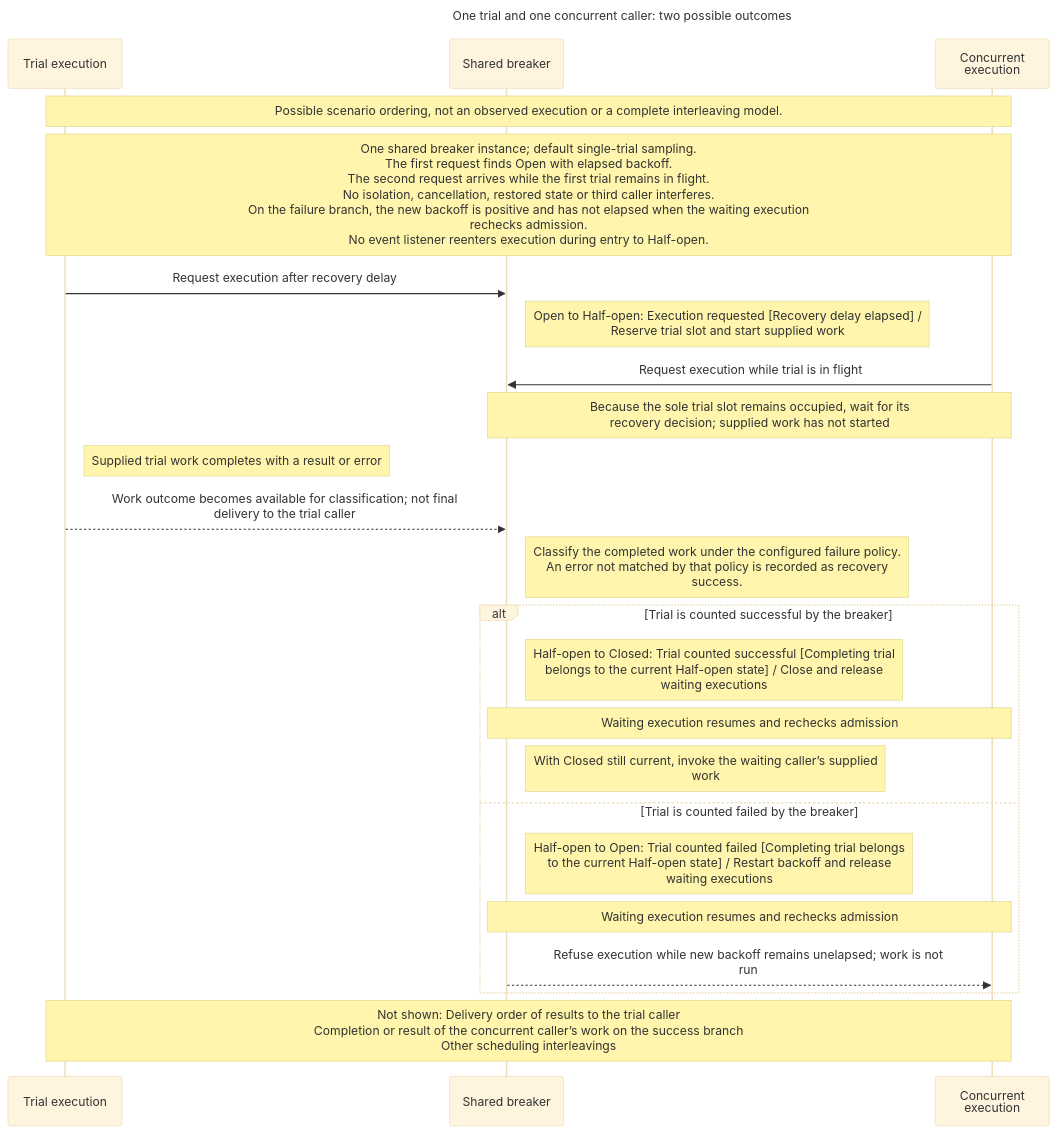
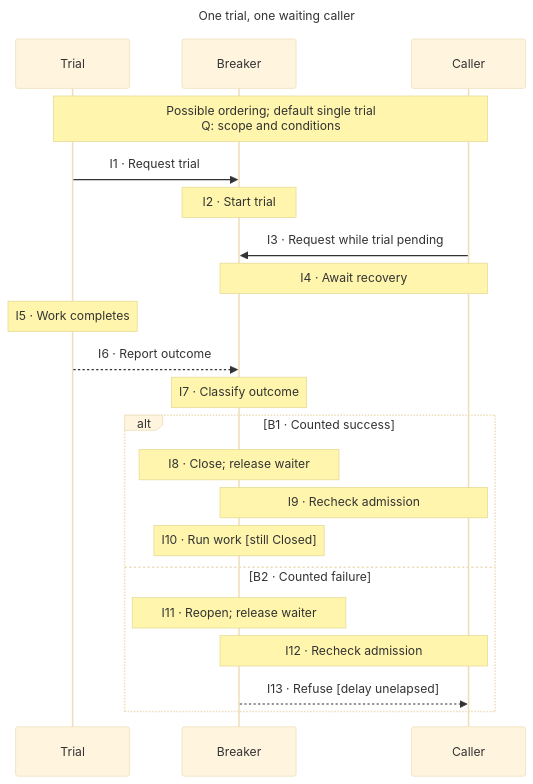
The diagram in notes/structured-account-example/concurrent-callers.mmd (ronen/postcode), drawn with Mermaid (base theme) before and after one commit. The commit also changed 29 other files, not shown here.

Commit message:
Clarify diagram overviews with concise labels and keyed legends

```diff
--- a/notes/structured-account-example/concurrent-callers.mmd
+++ b/notes/structured-account-example/concurrent-callers.mmd
@@ -1,26 +1,22 @@
----
-title: "One trial and one concurrent caller: two possible outcomes"
----
 sequenceDiagram
-  participant trial as Trial execution
-  participant breaker as Shared breaker
-  participant caller as Concurrent<br/>execution
-  Note over trial,caller: Possible scenario ordering, not an observed execution or a complete interleaving model.
-  Note over trial,caller: One shared breaker instance#59; default single-trial sampling.<br/>The first request finds Open with elapsed backoff.<br/>The second request arrives while the first trial remains in flight.<br/>No isolation, cancellation, restored state or third caller interferes.<br/>On the failure branch, the new backoff is positive and has not elapsed when the waiting execution<br/>rechecks admission.<br/>No event listener reenters execution during entry to Half-open.
-  trial->>breaker: Request execution after recovery delay
-  Note right of breaker: Open to Half-open: Execution requested [Recovery delay elapsed] /<br/>Reserve trial slot and start supplied work
-  caller->>breaker: Request execution while trial is in flight
-  Note over breaker,caller: Because the sole trial slot remains occupied, wait for its<br/>recovery decision#59; supplied work has not started
-  Note right of trial: Supplied trial work completes with a result or error
-  trial-->>breaker: Work outcome becomes available for classification#59; not final<br/>delivery to the trial caller
-  Note right of breaker: Classify the completed work under the configured failure policy.<br/>An error not matched by that policy is recorded as recovery<br/>success.
-  alt Trial is counted successful by the breaker
-  Note right of breaker: Half-open to Closed: Trial counted successful [Completing trial<br/>belongs to the current Half-open state] / Close and release<br/>waiting executions
-  Note over breaker,caller: Waiting execution resumes and rechecks admission
-  Note right of breaker: With Closed still current, invoke the waiting caller’s supplied<br/>work
-  else Trial is counted failed by the breaker
-  Note right of breaker: Half-open to Open: Trial counted failed [Completing trial belongs<br/>to the current Half-open state] / Restart backoff and release<br/>waiting executions
-  Note over breaker,caller: Waiting execution resumes and rechecks admission
-  breaker-->>caller: Refuse execution while new backoff remains unelapsed#59; work is not<br/>run
+  title One trial, one waiting caller
+  participant p0 as Trial
+  participant p1 as Breaker
+  participant p2 as Caller
+  Note over p0,p2: Possible ordering#59; default single trial<br/>Q: scope and conditions
+  p0->>p1: I1 · Request trial
+  Note over p1: I2 · Start trial
+  p2->>p1: I3 · Request while trial pending
+  Note over p1,p2: I4 · Await recovery
+  Note over p0: I5 · Work completes
+  p0-->>p1: I6 · Report outcome
+  Note over p1: I7 · Classify outcome
+  alt B1 · Counted success
+  Note over p1: I8 · Close#59; release waiter
+  Note over p1,p2: I9 · Recheck admission
+  Note over p1: I10 · Run work [still Closed]
+  else B2 · Counted failure
+  Note over p1: I11 · Reopen#59; release waiter
+  Note over p1,p2: I12 · Recheck admission
+  p1-->>p2: I13 · Refuse [delay unelapsed]
   end
-  Note over trial,caller: Not shown: Delivery order of results to the trial caller<br/>Completion or result of the concurrent caller’s work on the success branch<br/>Other scheduling interleavings
```
